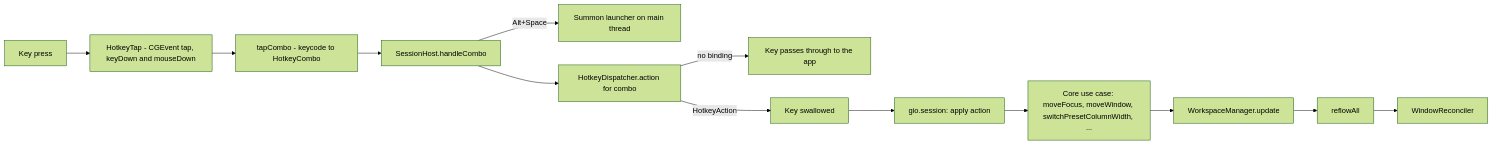
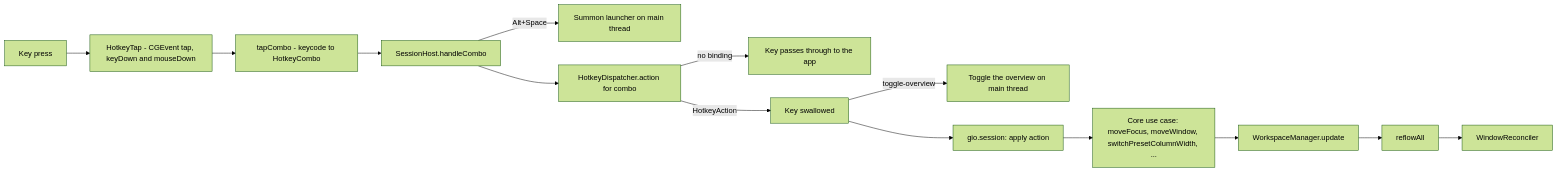
The third of 5 diagrams in docs/ARCHITECTURE.md (ismaelosuna7824/gio), drawn with Mermaid (forest theme) before and after one commit. The commit also changed other lines of this file and 28 other files, not shown here.

````diff
--- a/docs/ARCHITECTURE.md
+++ b/docs/ARCHITECTURE.md
@@ -341,15 +341,16 @@
 ```mermaid
 flowchart LR
     Key["Key press"] --> Tap["HotkeyTap - CGEvent tap, keyDown and mouseDown"]
     Tap --> Combo["tapCombo - keycode to HotkeyCombo"]
     Combo --> Handle["SessionHost.handleCombo"]
     Handle -->|"Alt+Space"| Launcher["Summon launcher on main thread"]
     Handle --> Disp["HotkeyDispatcher.action for combo"]
     Disp -->|"no binding"| Pass["Key passes through to the app"]
     Disp -->|"HotkeyAction"| Swallow["Key swallowed"]
+    Swallow -->|"toggle-overview"| Overview["Toggle the overview on main thread"]
     Swallow --> Apply["gio.session: apply action"]
     Apply --> UseCase["Core use case: moveFocus, moveWindow, switchPresetColumnWidth, ..."]
     UseCase --> Manager["WorkspaceManager.update"]
     Manager --> Reflow["reflowAll"]
     Reflow --> Rec["WindowReconciler"]
 ```
````
